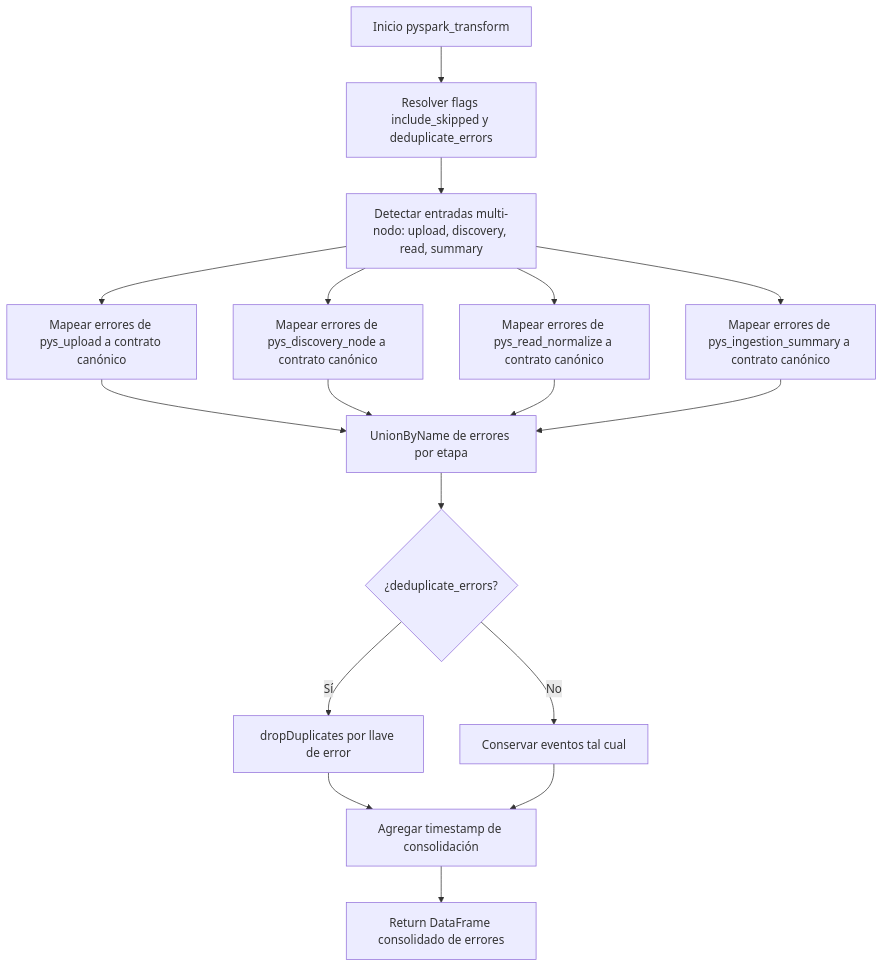
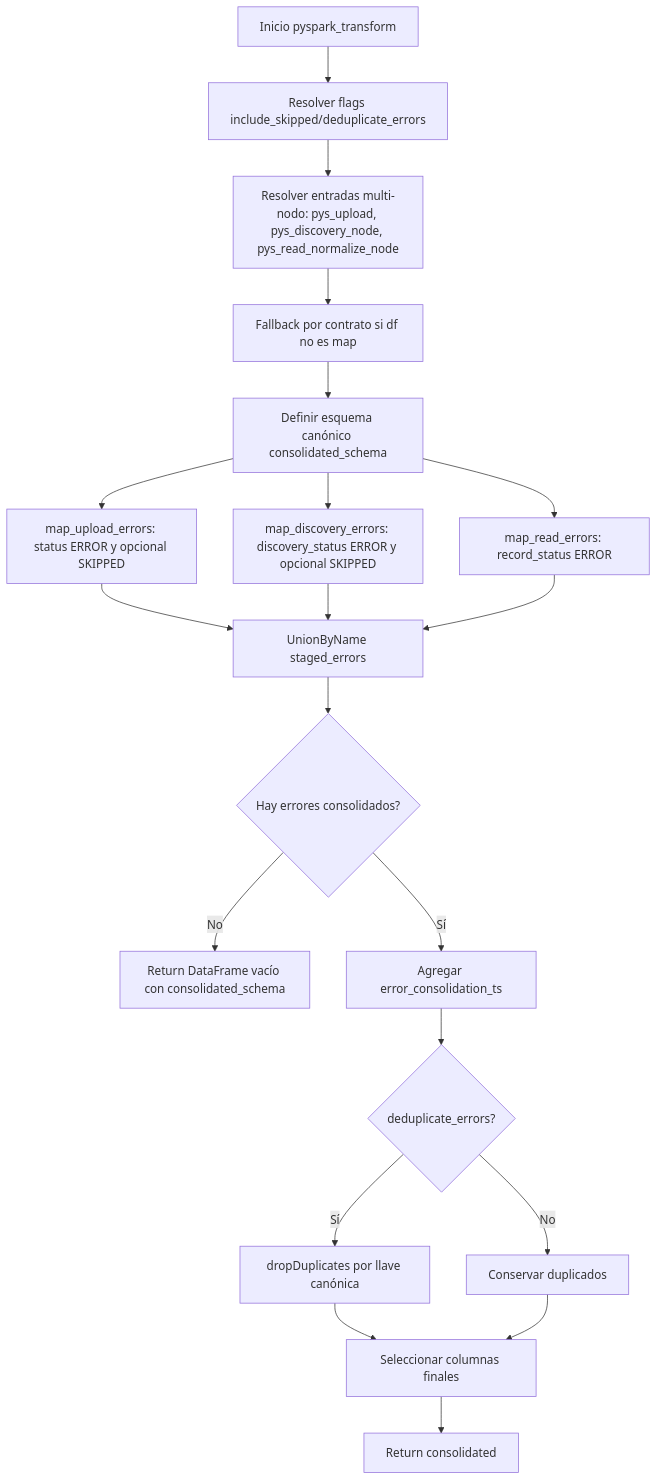
One commit to shperez23/airflow_bp changed the fifth of 6 diagrams in DIAGRAMAS_FLUJO.md. Above: the diagram before and after it, drawn with Mermaid. The commit also changed other lines of this file, not shown here.

Commit message:
docs: corregir sintaxis mermaid en diagramas de read y write

````diff
--- a/DIAGRAMAS_FLUJO.md
+++ b/DIAGRAMAS_FLUJO.md
@@ -124,19 +153,22 @@
 ```mermaid
 flowchart TD
-    A[Inicio pyspark_transform] --> B[Resolver flags include_skipped y deduplicate_errors]
-    B --> C[Detectar entradas multi-nodo: upload, discovery, read, summary]
-    C --> D[Mapear errores de pys_upload a contrato canónico]
-    C --> E[Mapear errores de pys_discovery_node a contrato canónico]
-    C --> F[Mapear errores de pys_read_normalize a contrato canónico]
-    C --> G[Mapear errores de pys_ingestion_summary a contrato canónico]
-    D --> H[UnionByName de errores por etapa]
-    E --> H
-    F --> H
-    G --> H
-    H --> I{¿deduplicate_errors?}
-    I -- Sí --> J[dropDuplicates por llave de error]
-    I -- No --> K[Conservar eventos tal cual]
-    J --> L[Agregar timestamp de consolidación]
-    K --> L
-    L --> M[Return DataFrame consolidado de errores]
+    A[Inicio pyspark_transform] --> B[Resolver flags include_skipped/deduplicate_errors]
+    B --> C[Resolver entradas multi-nodo: pys_upload, pys_discovery_node, pys_read_normalize_node]
+    C --> D[Fallback por contrato si df no es map]
+    D --> E[Definir esquema canónico consolidated_schema]
+    E --> F[map_upload_errors: status ERROR y opcional SKIPPED]
+    E --> G[map_discovery_errors: discovery_status ERROR y opcional SKIPPED]
+    E --> H[map_read_errors: record_status ERROR]
+    F --> I[UnionByName staged_errors]
+    G --> I
+    H --> I
+    I --> J{Hay errores consolidados?}
+    J -- No --> K[Return DataFrame vacío con consolidated_schema]
+    J -- Sí --> L[Agregar error_consolidation_ts]
+    L --> M{deduplicate_errors?}
+    M -- Sí --> N[dropDuplicates por llave canónica]
+    M -- No --> O[Conservar duplicados]
+    N --> P[Seleccionar columnas finales]
+    O --> P
+    P --> Q[Return consolidated]
 ```
````
